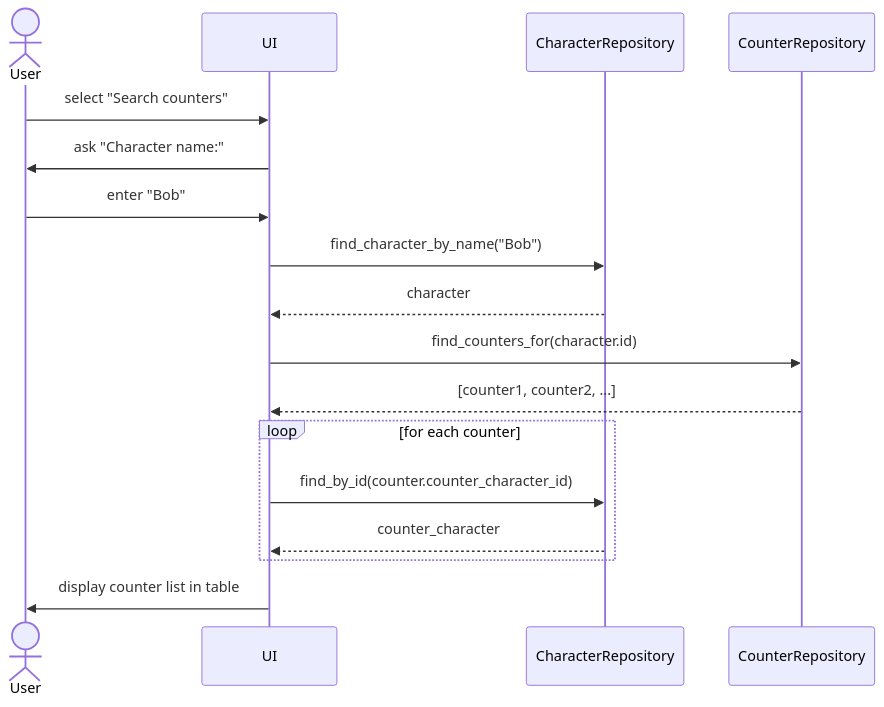
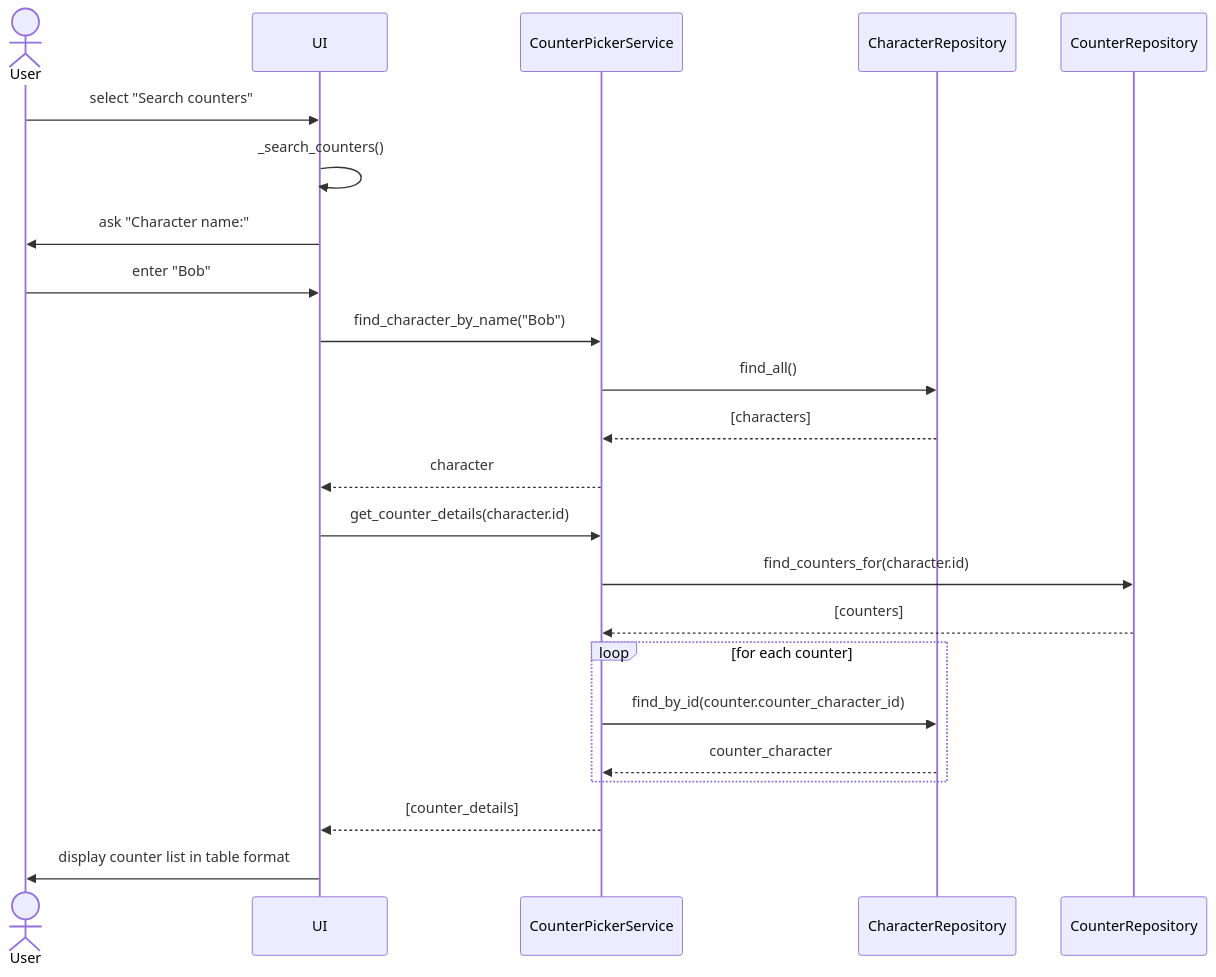
One commit to jkuusto/ot-harjoitustyo changed the fourth of 4 diagrams in dokumentaatio/arkkitehtuuri.md. Above: the diagram before and after it, drawn with Mermaid. The commit also changed other lines of this file and 6 other files, not shown here.

````diff
--- a/dokumentaatio/arkkitehtuuri.md
+++ b/dokumentaatio/arkkitehtuuri.md
@@ -59,23 +95,30 @@
 ```mermaid
 sequenceDiagram
   actor User
   participant UI
+  participant CounterPickerService
   participant CharacterRepository
   participant CounterRepository
 
   User->>UI: select "Search counters"
+  UI->>UI: _search_counters()
   UI->>User: ask "Character name:"
   User->>UI: enter "Bob"
-  UI->>CharacterRepository: find_character_by_name("Bob")
-  CharacterRepository-->>UI: character
+  UI->>CounterPickerService: find_character_by_name("Bob")
+  CounterPickerService->>CharacterRepository: find_all()
+  CharacterRepository-->>CounterPickerService: [characters]
+  CounterPickerService-->>UI: character
 
-  UI->>CounterRepository: find_counters_for(character.id)
-  CounterRepository-->>UI: [counter1, counter2, ...]
+  UI->>CounterPickerService: get_counter_details(character.id)
+  CounterPickerService->>CounterRepository: find_counters_for(character.id)
+  CounterRepository-->>CounterPickerService: [counters]
 
   loop for each counter
-    UI->>CharacterRepository: find_by_id(counter.counter_character_id)
-    CharacterRepository-->>UI: counter_character
+    CounterPickerService->>CharacterRepository: find_by_id(counter.counter_character_id)
+    CharacterRepository-->>CounterPickerService: counter_character
   end
 
-  UI->>User: display counter list in table
+  CounterPickerService-->>UI: [counter_details]
+
+  UI->>User: display counter list in table format
 ```
````
